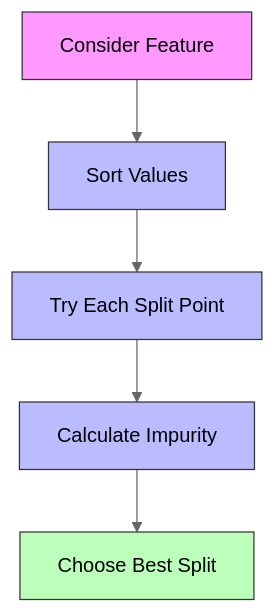
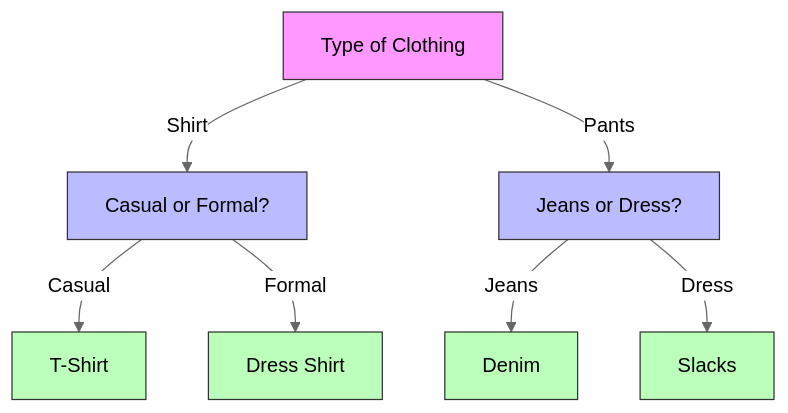
The diagram in docs/5-ml-fundamentals/5.2-supervised-learning-1/decision-trees/2-tree-structure.md (codebyshennan/tamkeen-data), drawn with Mermaid (neutral theme) before and after one commit. The commit also changed other lines of this file and 134 other files, not shown here.

````diff
--- a/docs/5-ml-fundamentals/5.2-supervised-learning-1/decision-trees/2-tree-structure.md
+++ b/docs/5-ml-fundamentals/5.2-supervised-learning-1/decision-trees/2-tree-structure.md
@@ -119,13 +17,17 @@
 ```mermaid
 graph TD
-    A[Consider Feature] --> B[Sort Values]
-    B --> C[Try Each Split Point]
-    C --> D[Calculate Impurity]
-    D --> E[Choose Best Split]
+    A[Type of Clothing] -->|Shirt| B[Casual or Formal?]
+    A -->|Pants| C[Jeans or Dress?]
+    B -->|Casual| D[T-Shirt]
+    B -->|Formal| E[Dress Shirt]
+    C -->|Jeans| F[Denim]
+    C -->|Dress| G[Slacks]
     
     style A fill:#f9f,stroke:#333
     style B fill:#bbf,stroke:#333
     style C fill:#bbf,stroke:#333
-    style D fill:#bbf,stroke:#333
+    style D fill:#bfb,stroke:#333
     style E fill:#bfb,stroke:#333
+    style F fill:#bfb,stroke:#333
+    style G fill:#bfb,stroke:#333
 ```
````
